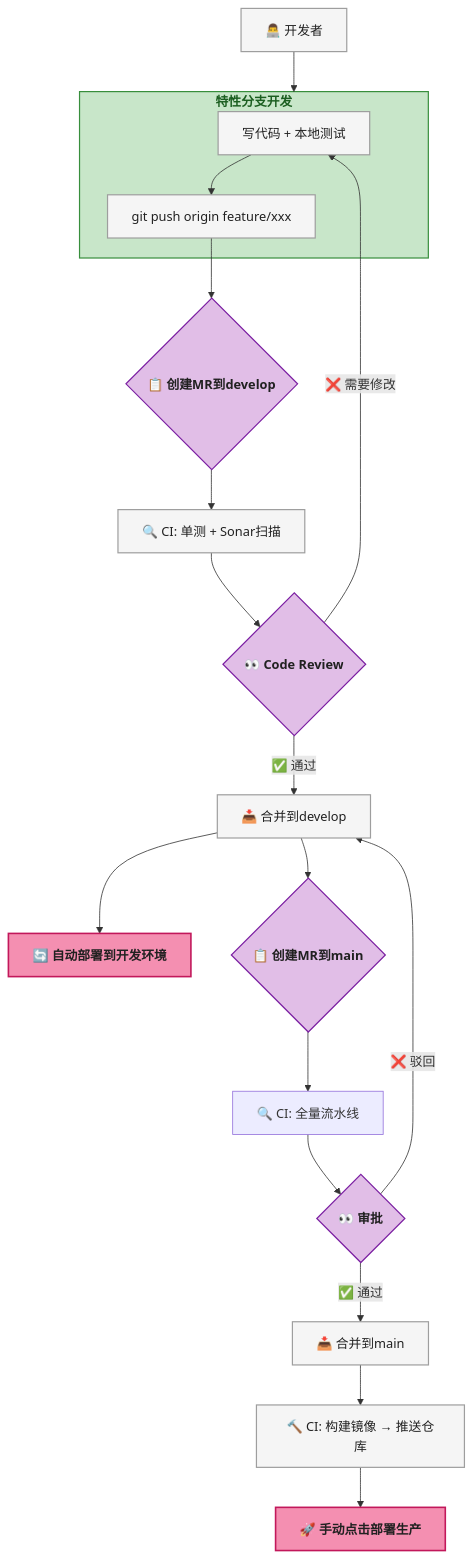
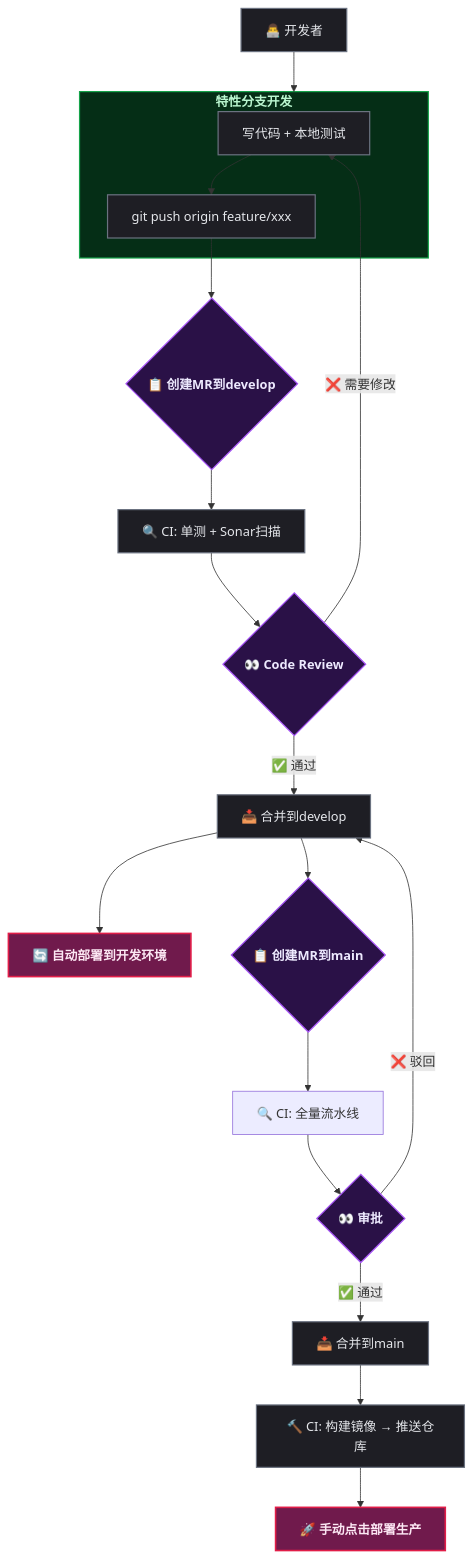
Before and after one commit to yaocat55/yaocat55.github.io: the third of 3 diagrams in content/posts/springcloud/SpringBootCiCdPipeline.md, drawn with Mermaid. The commit also changed other lines of this file and 155 other files, not shown here.

````diff
--- a/content/posts/springcloud/SpringBootCiCdPipeline.md
+++ b/content/posts/springcloud/SpringBootCiCdPipeline.md
@@ -762,35 +762,35 @@
 ```mermaid
 flowchart TD
     DEV[👨‍💻 开发者] --> FB[📝 从develop创建feature分支]
 
     subgraph FB[特性分支开发]
         CODE[写代码 + 本地测试] --> PUSH[git push origin feature/xxx]
     end
 
     PUSH --> MR1{📋 创建MR到develop}
     MR1 --> CI1[🔍 CI: 单测 + Sonar扫描]
     CI1 --> RV1{👀 Code Review}
     RV1 -->|❌ 需要修改| CODE
     RV1 -->|✅ 通过| MRG1[📥 合并到develop]
 
     MRG1 --> DEPLOY_DEV[🔄 自动部署到开发环境]
 
     MRG1 --> MR2{📋 创建MR到main}
     MR2 --> CI2[🔍 CI: 全量流水线]
     CI2 --> RV2{👀 审批}
     RV2 -->|❌ 驳回| MRG1
     RV2 -->|✅ 通过| MRG2[📥 合并到main]
 
     MRG2 --> CI3[🔨 CI: 构建镜像 → 推送仓库]
     CI3 --> DEPLOY[🚀 手动点击部署生产]
 
-    classDef branch fill:#C8E6C9,stroke:#388E3C,stroke-width:1.5px,color:#1B5E20,font-weight:bold
-    classDef decision fill:#E1BEE7,stroke:#7B1FA2,stroke-width:1.5px,color:#212121,font-weight:bold
-    classDef process fill:#F5F5F5,stroke:#9E9E9E,stroke-width:1.5px,color:#212121
-    classDef startEnd fill:#F48FB1,stroke:#C2185B,stroke-width:2px,color:#212121,font-weight:bold
+classDef branch fill:#052e16,stroke:#16a34a,stroke-width:1.5px,color:#bbf7d0,font-weight:bold;
+classDef decision fill:#2a1147,stroke:#a855f7,stroke-width:1.5px,color:#ede9fe,font-weight:bold;
+classDef process fill:#1e1e24,stroke:#6b7280,stroke-width:1.5px,color:#e5e7eb;
+classDef startEnd fill:#701a4c,stroke:#e11d48,stroke-width:2px,color:#fce7f3,font-weight:bold;
 
     class FB branch
     class MR1,RV1,MR2,RV2 decision
     class DEV,CODE,PUSH,CI1,MRG1,MERGE1,MRG2,CI3,DEPLOY process
     class DEPLOY_DEV,DEPLOY startEnd
 ```
````
